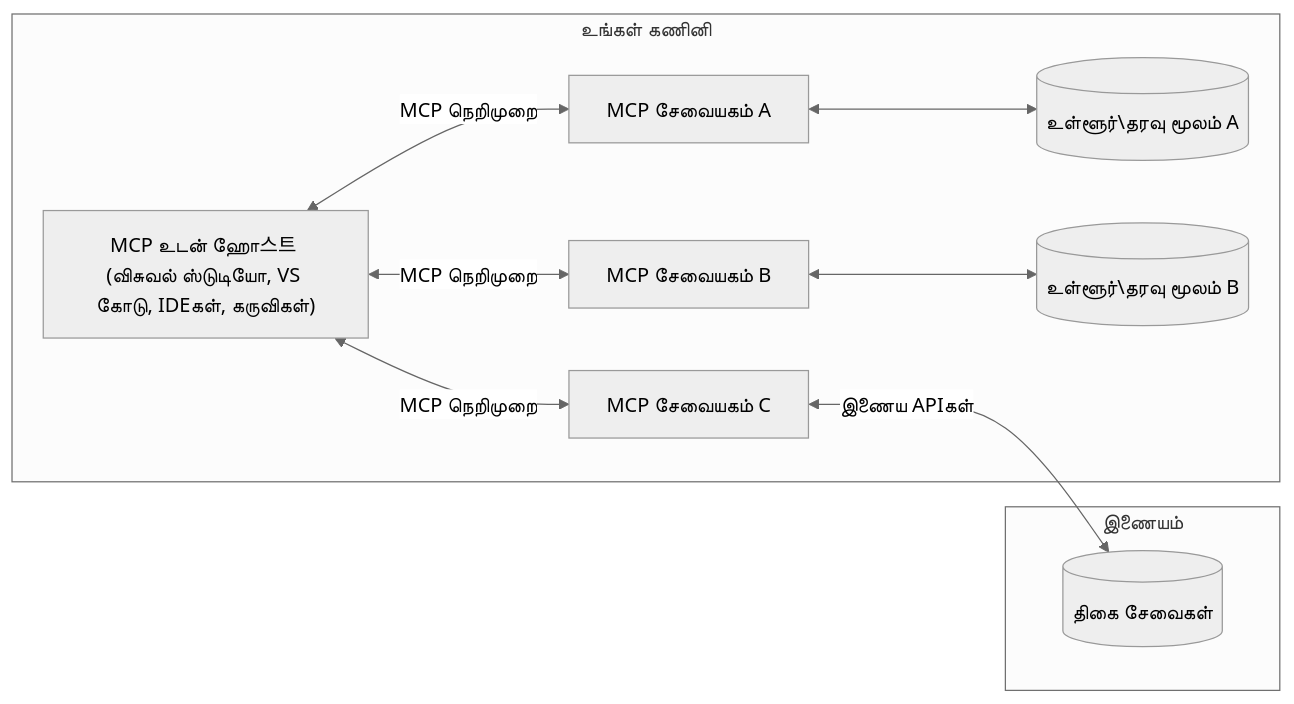
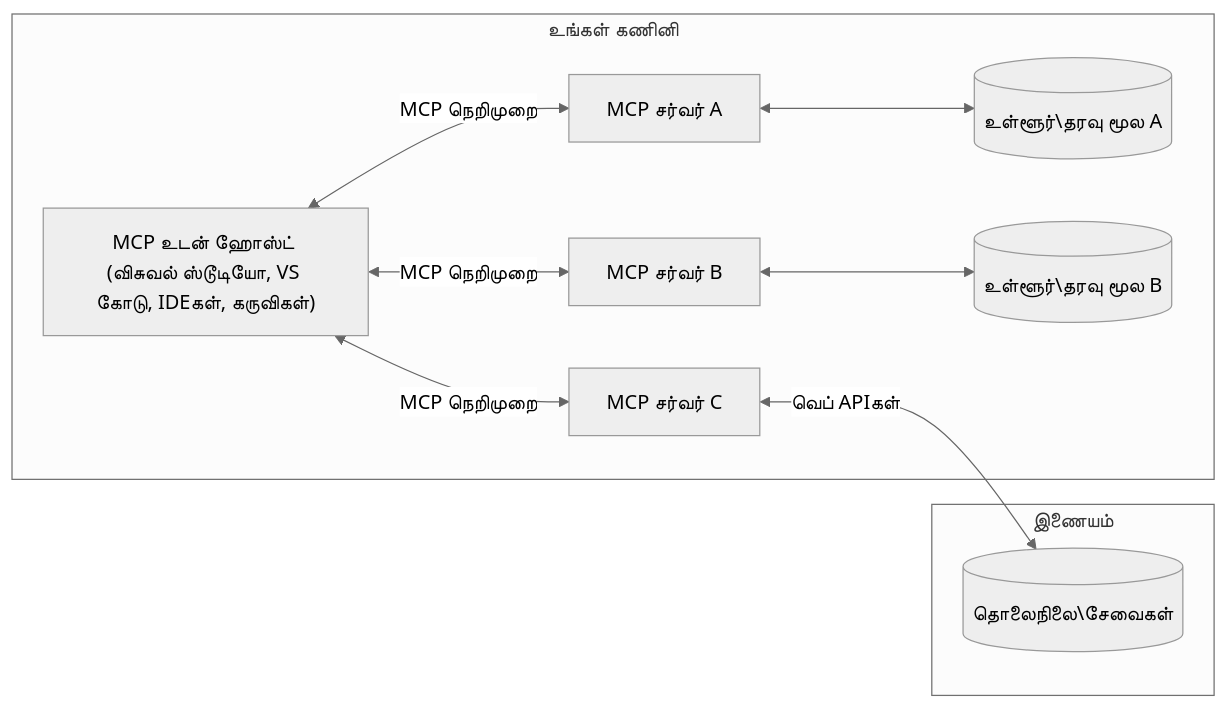
The diagram in mcp_ecosystem__model_context_protocol/mcp_learning_resources/mcp-for-beginners/translations/ta/01-CoreConcepts/README.md (HIDORAKAI002/ai-workspace-archive), drawn with Mermaid (neutral theme) before and after one commit. The commit also changed other lines of this file and 1046 other files, not shown here.

````diff
--- a/mcp_ecosystem__model_context_protocol/mcp_learning_resources/mcp-for-beginners/translations/ta/01-CoreConcepts/README.md
+++ b/mcp_ecosystem__model_context_protocol/mcp_learning_resources/mcp-for-beginners/translations/ta/01-CoreConcepts/README.md
@@ -45,17 +45,17 @@
 ```mermaid
 flowchart LR
     subgraph "உங்கள் கணினி"
-        Host["MCP உடன் ஹோ스트 (விசுவல் ஸ்டுடியோ, VS கோடு, IDEகள், கருவிகள்)"]
-        S1["MCP சேவையகம் A"]
-        S2["MCP சேவையகம் B"]
-        S3["MCP சேவையகம் C"]
+        Host["MCP உடன் ஹோஸ்ட் (விசுவல் ஸ்டூடியோ, VS கோடு, IDEகள், கருவிகள்)"]
+        S1["MCP சர்வர் A"]
+        S2["MCP சர்வர் B"]
+        S3["MCP சர்வர் C"]
         Host <-->|"MCP நெறிமுறை"| S1
         Host <-->|"MCP நெறிமுறை"| S2
         Host <-->|"MCP நெறிமுறை"| S3
-        S1 <--> D1[("உள்ளூர்\தரவு மூலம் A")]
-        S2 <--> D2[("உள்ளூர்\தரவு மூலம் B")]
+        S1 <--> D1[("உள்ளூர்\தரவு மூல A")]
+        S2 <--> D2[("உள்ளூர்\தரவு மூல B")]
     end
     subgraph "இணையம்"
-        S3 <-->|"இணைய APIகள்"| D3[("திகை சேவைகள்")]
+        S3 <-->|"வெப் APIகள்"| D3[("தொலைநிலை\சேவைகள்")]
     end
-```  
+```
````
